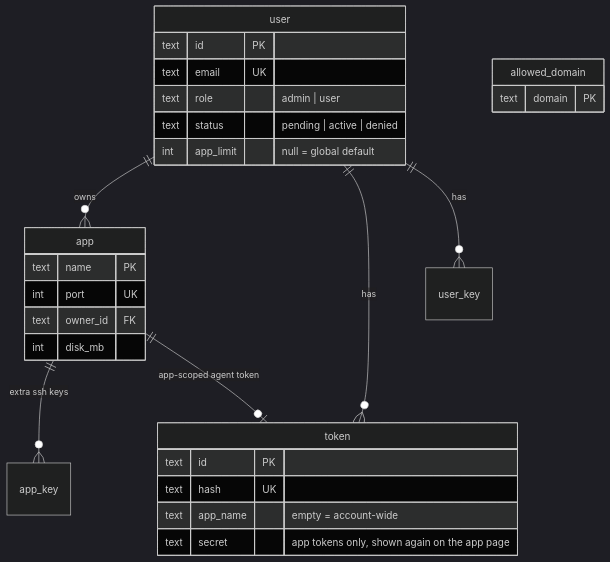
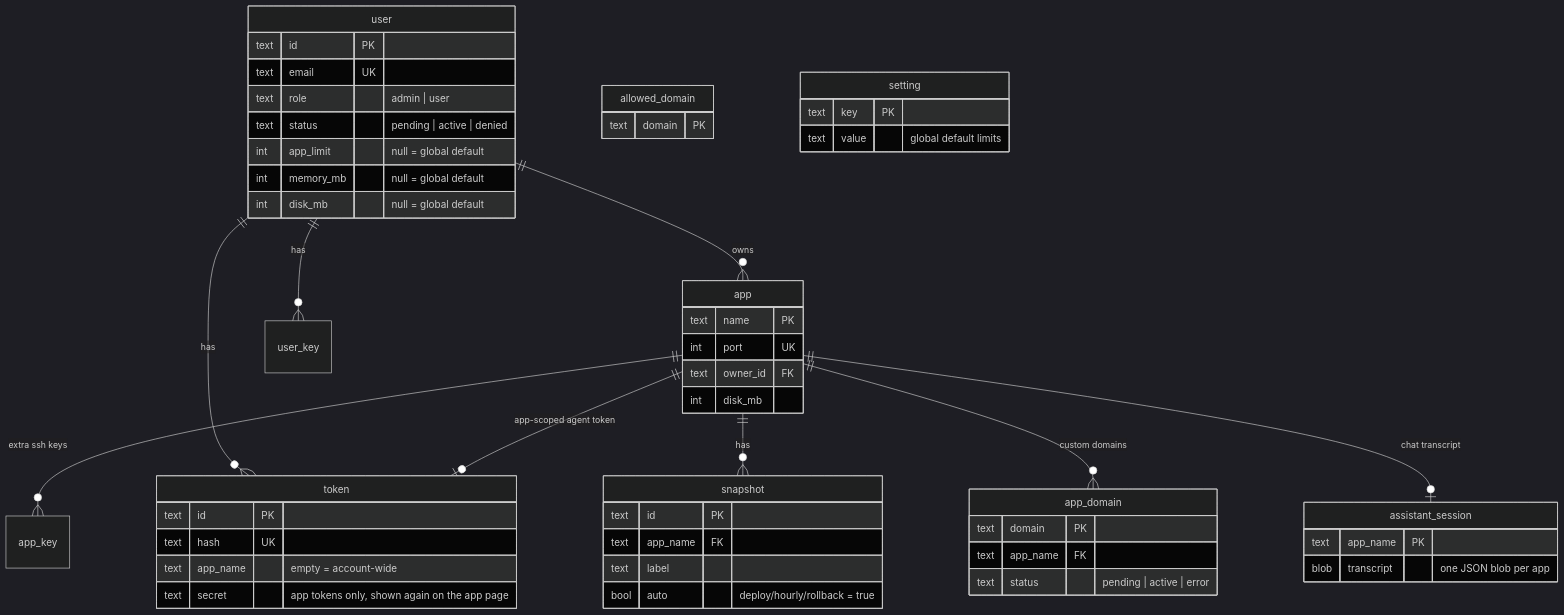
One commit to binwiederhier/hostit changed the eighth of 8 diagrams in ARCHITECTURE.md. Above: the diagram before and after it, drawn with Mermaid (dark theme). The commit also changed other lines of this file and 5 other files, not shown here.

First line of the commit message:
Prepare for open-source; refresh architecture doc

````diff
--- a/ARCHITECTURE.md
+++ b/ARCHITECTURE.md
@@ -244,31 +317,55 @@
 ```mermaid
 erDiagram
     user ||--o{ app : owns
     user ||--o{ token : has
     user ||--o{ user_key : has
     app ||--o{ app_key : "extra ssh keys"
     app ||--o| token : "app-scoped agent token"
+    app ||--o{ snapshot : has
+    app ||--o{ app_domain : "custom domains"
+    app ||--o| assistant_session : "chat transcript"
 
     user {
         text id PK
         text email UK
         text role "admin | user"
         text status "pending | active | denied"
         int app_limit "null = global default"
+        int memory_mb "null = global default"
+        int disk_mb "null = global default"
     }
     app {
         text name PK
         int port UK
         text owner_id FK
         int disk_mb
     }
     token {
         text id PK
         text hash UK
         text app_name "empty = account-wide"
         text secret "app tokens only, shown again on the app page"
     }
+    snapshot {
+        text id PK
+        text app_name FK
+        text label
+        bool auto "deploy/hourly/rollback = true"
+    }
+    app_domain {
+        text domain PK
+        text app_name FK
+        text status "pending | active | error"
+    }
+    assistant_session {
+        text app_name PK
+        blob transcript "one JSON blob per app"
+    }
     allowed_domain {
         text domain PK
     }
+    setting {
+        text key PK
+        text value "global default limits"
+    }
 ```
````
